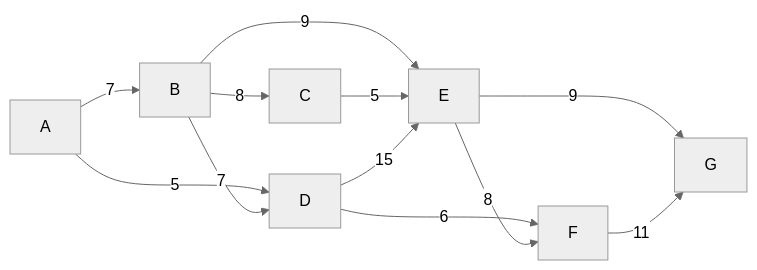
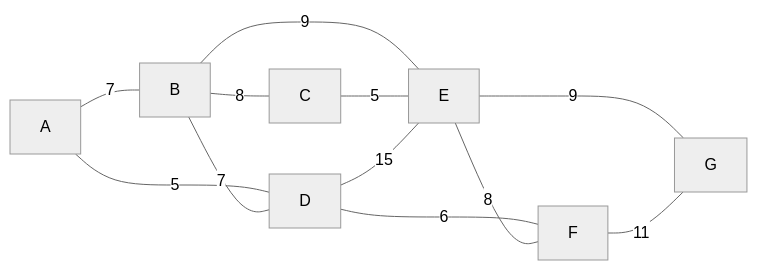
Before and after one commit to djaimej/computer-science-template: the second of 2 diagrams in public/documents/semester-2/2/22164.md, drawn with Mermaid (neutral theme). The commit also changed other lines of this file and 44 other files, not shown here.

````diff
--- a/public/documents/semester-2/2/22164.md
+++ b/public/documents/semester-2/2/22164.md
@@ -172,14 +172,14 @@
 ```mermaid
 graph LR
-    A[A] -- 7 --> B[B]
-    A -- 5 --> D[D]
-    B -- 8 --> C[C]
-    B -- 7 --> D[D]
-    B -- 9 --> E[E]
-    C -- 5 --> E[E]
-    D -- 15 --> E[E]
-    D -- 6 --> F[F]
-    E -- 8 --> F[F]
-    E -- 9 --> G[G]
-    F -- 11 --> G[G]
+    A[A] -- 7 --- B[B]
+    A -- 5 --- D[D]
+    B -- 8 --- C[C]
+    B -- 7 --- D[D]
+    B -- 9 --- E[E]
+    C -- 5 --- E[E]
+    D -- 15 --- E[E]
+    D -- 6 --- F[F]
+    E -- 8 --- F[F]
+    E -- 9 --- G[G]
+    F -- 11 --- G[G]
 ```
````
